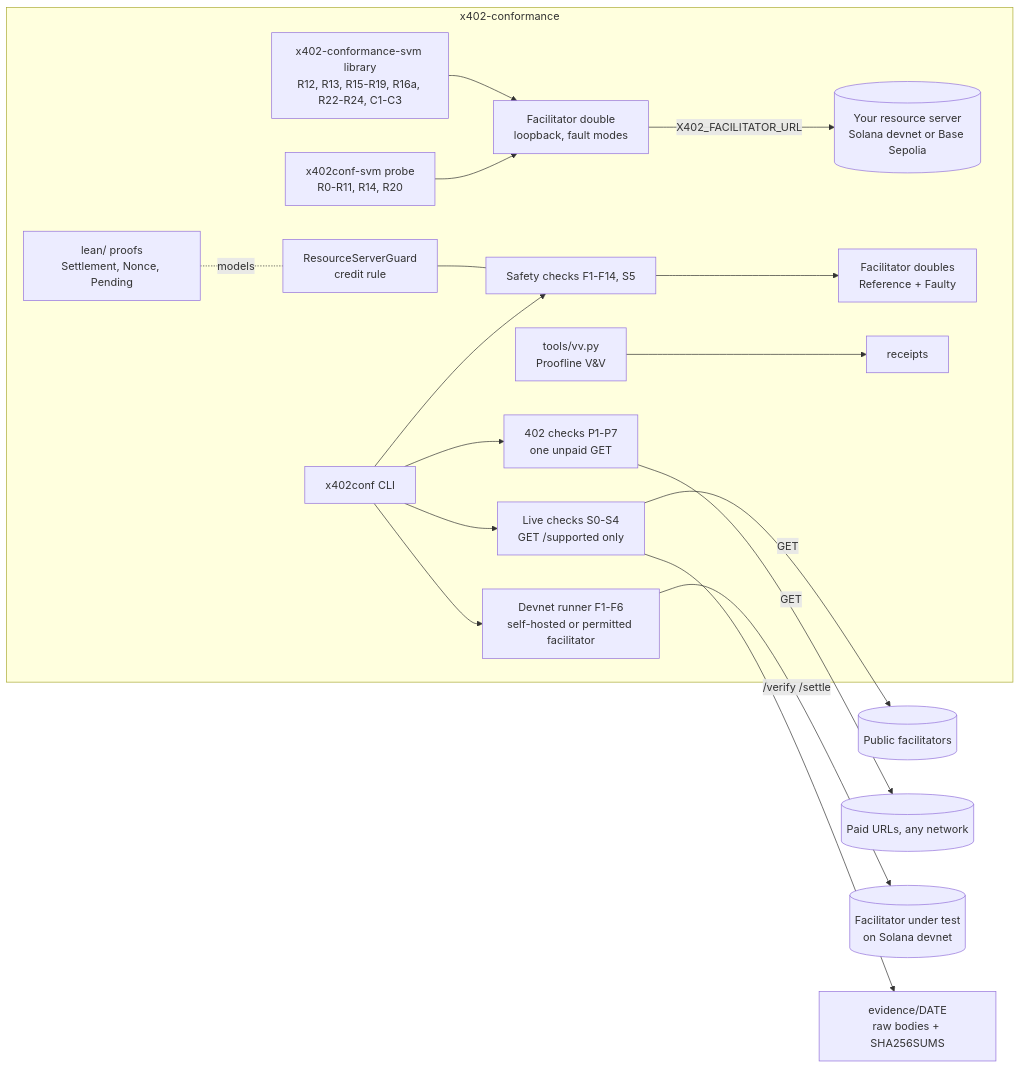
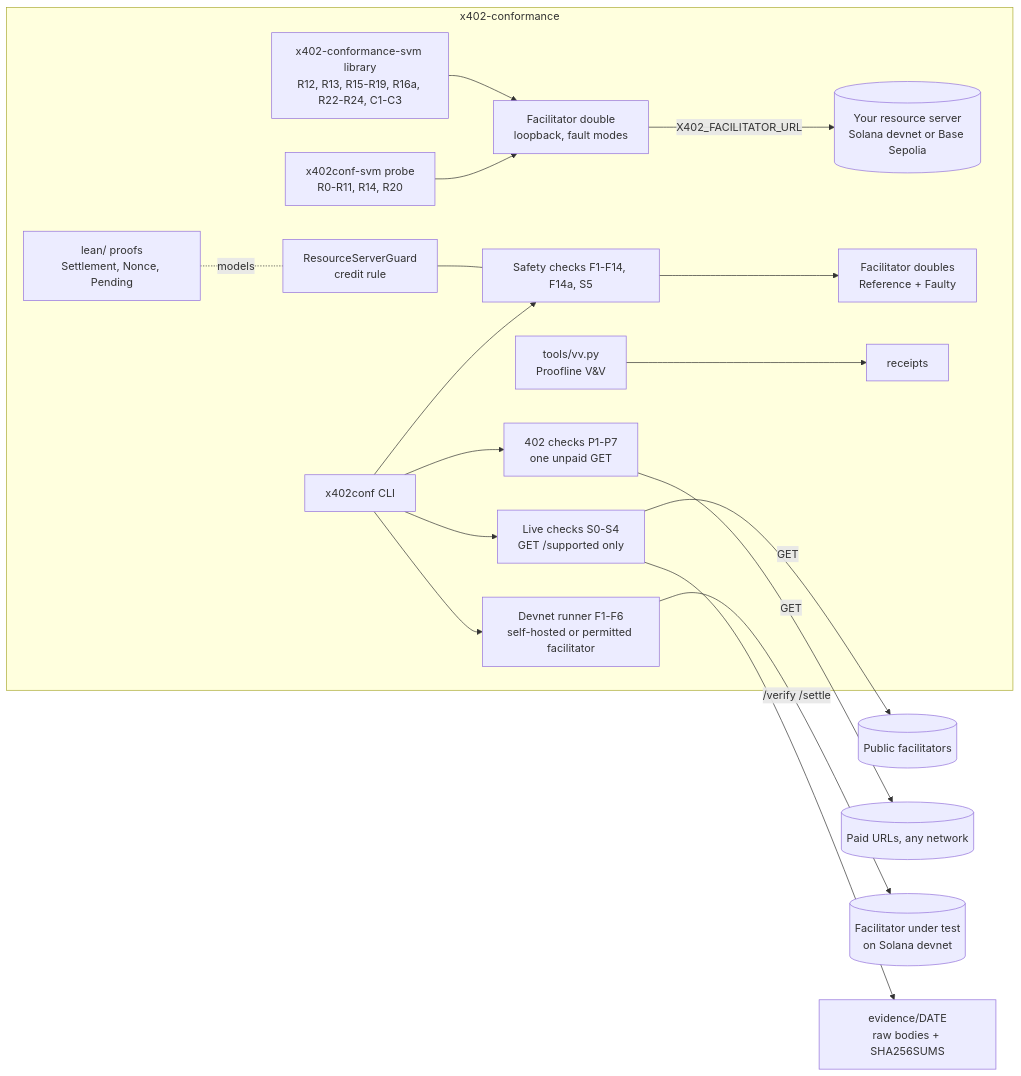
The diagram in docs/ARCHITECTURE.md (atsp-protocol/x402-conformance), drawn with Mermaid before and after one commit. The commit also changed 14 other files, not shown here.

````diff
--- a/docs/ARCHITECTURE.md
+++ b/docs/ARCHITECTURE.md
@@ -5,20 +5,20 @@
 ```mermaid
 flowchart LR
   subgraph suite[x402-conformance]
     CLI[x402conf CLI] --> LIVE[Live checks S0-S4<br/>GET /supported only]
     CLI --> RES[402 checks P1-P7<br/>one unpaid GET]
     PROBE[x402conf-svm probe<br/>R0-R11, R14, R20] --> DBL[Facilitator double<br/>loopback, fault modes]
     LIB[x402-conformance-svm library<br/>R12, R13, R15-R19, R16a, R22-R24, C1-C3] --> DBL
     DBL -->|X402_FACILITATOR_URL| RS[(Your resource server<br/>Solana devnet or Base Sepolia)]
-    CLI --> OFF[Safety checks F1-F14, S5]
+    CLI --> OFF[Safety checks F1-F14, F14a, S5]
     OFF --> DOUBLES[Facilitator doubles<br/>Reference + Faulty]
     CLI --> DEVNET[Devnet runner F1-F6<br/>self-hosted or permitted facilitator]
     GUARD[ResourceServerGuard<br/>credit rule] --- OFF
     LEAN[lean/ proofs<br/>Settlement, Nonce, Pending] -. models .- GUARD
     VV[tools/vv.py<br/>Proofline V&V] --> RCPT[receipts]
   end
   LIVE -->|GET| PUB[(Public facilitators)]
   RES -->|GET| PAID[(Paid URLs, any network)]
   DEVNET -->|/verify /settle| OWN[(Facilitator under test<br/>on Solana devnet)]
   LIVE --> EVID[evidence/DATE<br/>raw bodies + SHA256SUMS]
 ```
````
